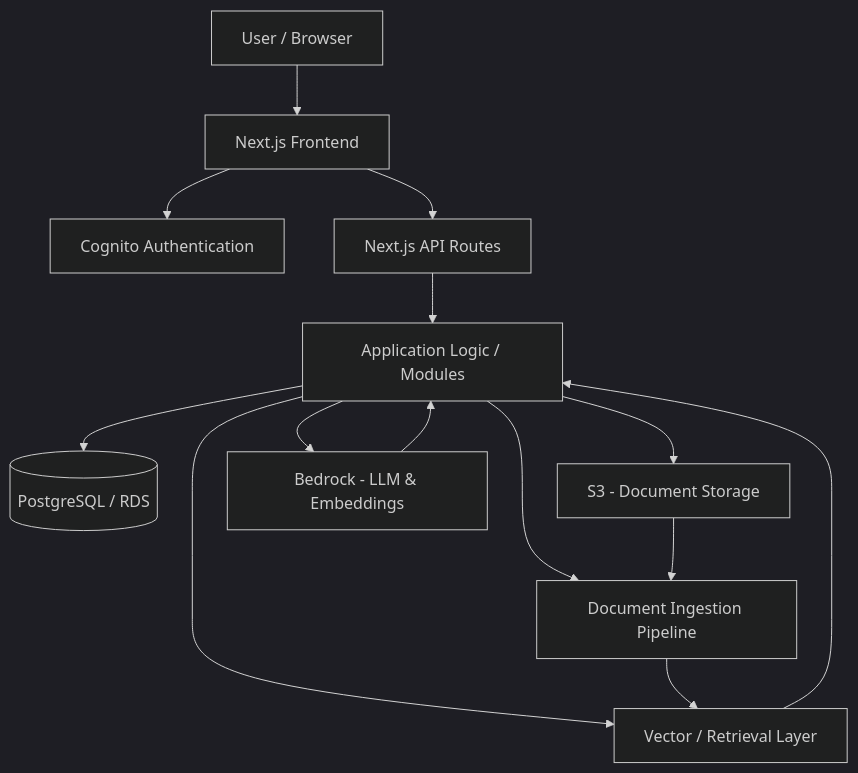
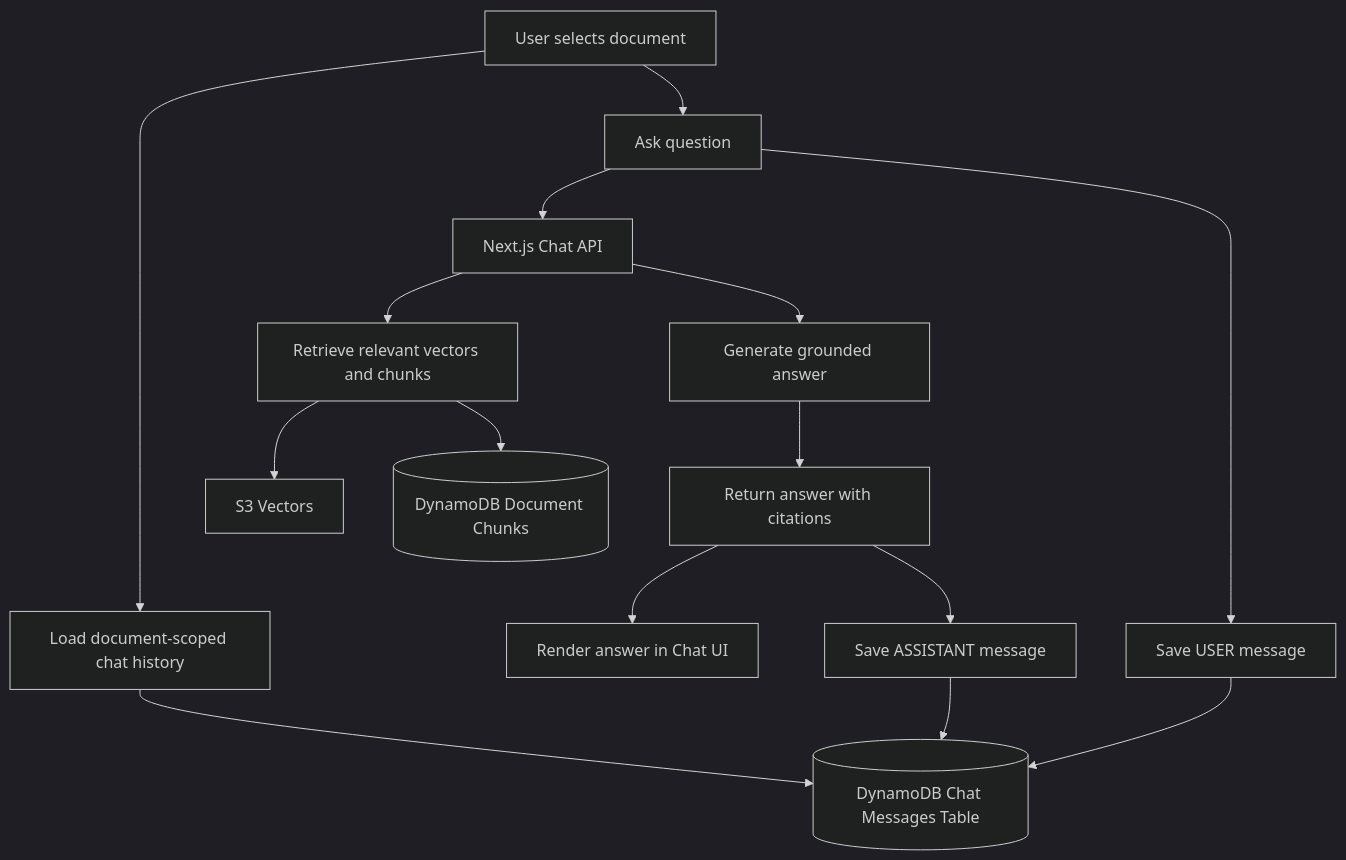
The third of 3 diagrams in docs/high-level-architecture.md (jay-web/ayd-workspace), drawn with Mermaid (dark theme) before and after one commit. The commit also changed other lines of this file and 1 other file, not shown here.

Commit message:
Update high level architecture and route md file docs

````diff
--- a/docs/high-level-architecture.md
+++ b/docs/high-level-architecture.md
@@ -32,21 +71,22 @@
 ```mermaid
 flowchart TD
 
-    A[User / Browser] --> B[Next.js Frontend]
+    A[User selects document] --> B[Load document-scoped chat history]
+    B --> C[(DynamoDB Chat Messages Table)]
 
-    B --> C[Cognito Authentication]
-    B --> D[Next.js API Routes]
+    A --> D[Ask question]
+    D --> E[Next.js Chat API]
+    E --> F[Retrieve relevant vectors and chunks]
+    F --> G[S3 Vectors]
+    F --> H[(DynamoDB Document Chunks)]
 
-    D --> E[Application Logic / Modules]
+    E --> I[Generate grounded answer]
+    I --> J[Return answer with citations]
+    J --> K[Render answer in Chat UI]
 
-    E --> F[(PostgreSQL / RDS)]
-    E --> G[S3 - Document Storage]
-    E --> H[Document Ingestion Pipeline]
-    E --> I[Vector / Retrieval Layer]
-    E --> J[Bedrock - LLM & Embeddings]
+    D --> L[Save USER message]
+    J --> M[Save ASSISTANT message]
 
-    G --> H
-    H --> I
-    I --> E
-    J --> E
+    L --> C
+    M --> C
 ```
````
